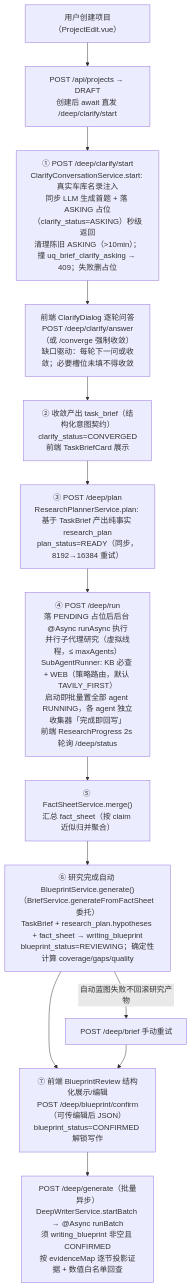
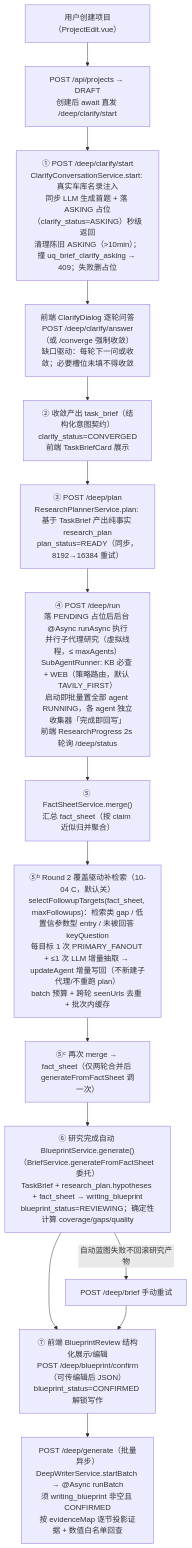
One commit to openshell/sparkora changed the diagram in docs/spec/brief-generation.md. Above: the diagram before and after it, drawn with Mermaid. The commit also changed other lines of this file and 21 other files, not shown here.

First line of the commit message:
feat(10-04): 覆盖驱动多轮补检索(Round 2) + 三级调用预算/跨轮去重/批次内缓存(默认关)

````diff
--- a/docs/spec/brief-generation.md
+++ b/docs/spec/brief-generation.md
@@ -17,15 +17,17 @@
 ```mermaid
 graph TD
     U["用户创建项目（ProjectEdit.vue）"] --> C0["POST /api/projects → DRAFT<br/>创建后 await 直发 /deep/clarify/start"]
     C0 --> D1["① POST /deep/clarify/start<br/>ClarifyConversationService.start: 真实车库名录注入<br/>同步 LLM 生成首题 + 落 ASKING 占位（clarify_status=ASKING）秒级返回<br/>清理陈旧 ASKING（&gt;10min）；撞 uq_brief_clarify_asking → 409；失败删占位"]
     D1 --> D1b["前端 ClarifyDialog 逐轮问答<br/>POST /deep/clarify/answer（或 /converge 强制收敛）<br/>缺口驱动：每轮下一问或收敛；必要槽位未填不得收敛"]
     D1b --> D2["② 收敛产出 task_brief（结构化意图契约）<br/>clarify_status=CONVERGED<br/>前端 TaskBriefCard 展示"]
     D2 --> D3["③ POST /deep/plan<br/>ResearchPlannerService.plan: 基于 TaskBrief 产出纯事实 research_plan<br/>plan_status=READY（同步，8192→16384 重试）"]
     D3 --> D4["④ POST /deep/run<br/>落 PENDING 占位后后台 @Async runAsync 执行<br/>并行子代理研究（虚拟线程，≤ maxAgents）<br/>SubAgentRunner: KB 必查 + WEB（策略路由，默认 TAVILY_FIRST）<br/>启动即批量置全部 agent RUNNING，各 agent 独立收集器「完成即回写」<br/>前端 ResearchProgress 2s 轮询 /deep/status"]
     D4 --> D5["⑤ FactSheetService.merge()<br/>汇总 fact_sheet（按 claim 近似归并聚合）"]
-    D5 --> D6["⑥ 研究完成自动 BlueprintService.generate()<br/>（BriefService.generateFromFactSheet 委托）<br/>TaskBrief + research_plan.hypotheses + fact_sheet → writing_blueprint<br/>blueprint_status=REVIEWING；确定性计算 coverage/gaps/quality"]
+    D5 --> D5b["⑤ᵇ Round 2 覆盖驱动补检索（10-04 C，默认关）<br/>selectFollowupTargets(fact_sheet, maxFollowups)：检索类 gap / 低置信参数型 entry / 未被回答 keyQuestion<br/>每目标 1 次 PRIMARY_FANOUT + ≤1 次 LLM 增量抽取 → updateAgent 增量写回（不新建子代理/不重跑 plan）<br/>batch 预算 + 跨轮 seenUrls 去重 + 批次内缓存"]
+    D5b --> D5c["⑤ᶜ 再次 merge → fact_sheet（仅两轮合并后 generateFromFactSheet 调一次）"]
+    D5c --> D6["⑥ 研究完成自动 BlueprintService.generate()<br/>（BriefService.generateFromFactSheet 委托）<br/>TaskBrief + research_plan.hypotheses + fact_sheet → writing_blueprint<br/>blueprint_status=REVIEWING；确定性计算 coverage/gaps/quality"]
     D6 --> D7["⑦ 前端 BlueprintReview 结构化展示/编辑<br/>POST /deep/blueprint/confirm（可传编辑后 JSON）<br/>blueprint_status=CONFIRMED 解锁写作"]
     D6 -->|"自动蓝图失败不回滚研究产物"| D7b["POST /deep/brief 手动重试"]
     D7 --> W["POST /deep/generate（批量异步）<br/>DeepWriterService.startBatch → @Async runBatch<br/>须 writing_blueprint 非空且 CONFIRMED<br/>按 evidenceMap 逐节投影证据 + 数值白名单回查"]
     D7b --> D7
 ```
````
